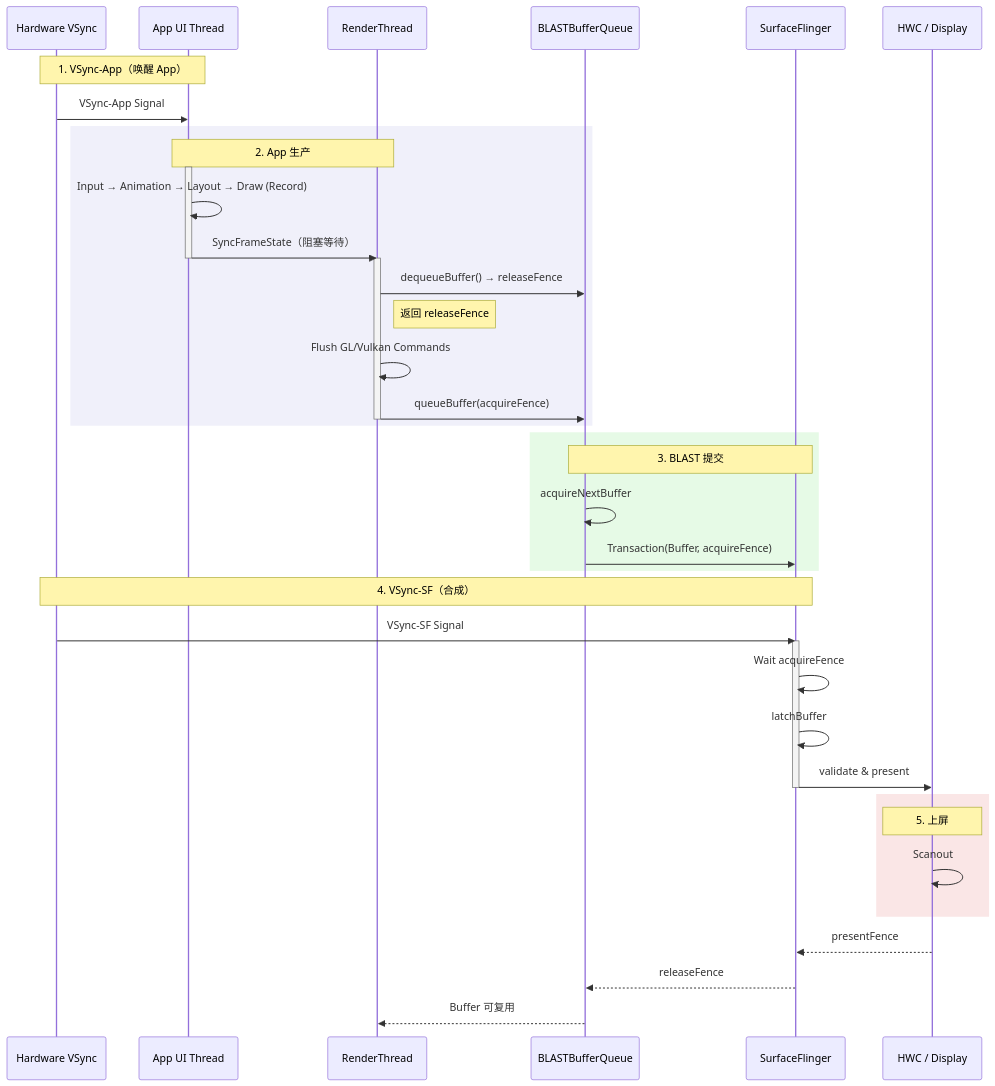
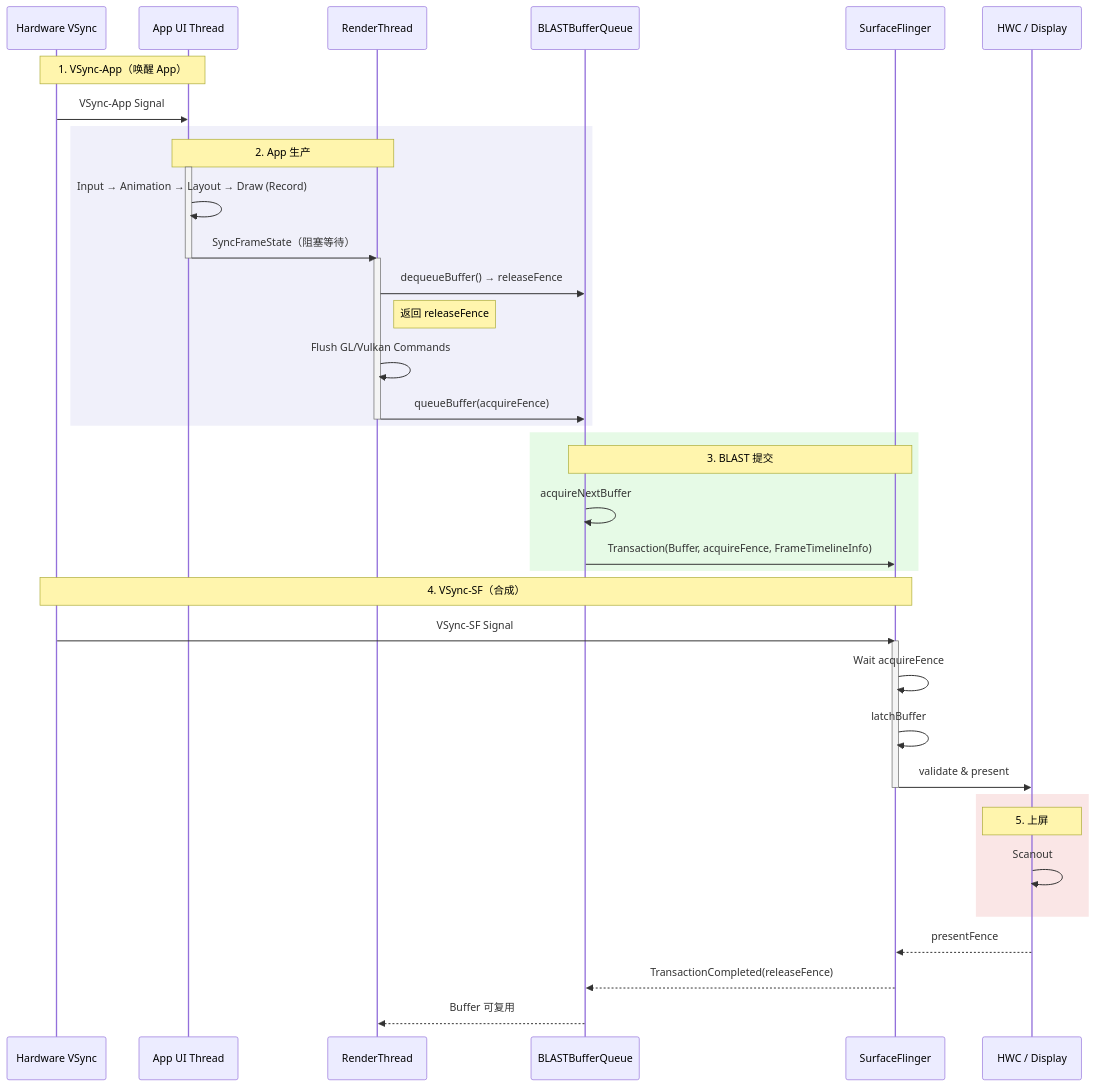
The second of 2 diagrams in src/part2-performance/ch18-rendering-pipelines/02-android-view-standard.md (Gracker/android-internals-wiki), drawn with Mermaid before and after one commit. The commit also changed other lines of this file and 3 other files, not shown here.

````diff
--- a/src/part2-performance/ch18-rendering-pipelines/02-android-view-standard.md
+++ b/src/part2-performance/ch18-rendering-pipelines/02-android-view-standard.md
@@ -129,50 +132,50 @@
 ```mermaid
 sequenceDiagram
     participant HW as Hardware VSync
     participant App as App UI Thread
     participant RT as RenderThread
     participant BBQ as BLASTBufferQueue
     participant SF as SurfaceFlinger
     participant HWC as HWC / Display
 
     Note over HW, App: 1. VSync-App（唤醒 App）
     HW->>App: VSync-App Signal
     
     rect rgb(240, 240, 250)
         Note over App, RT: 2. App 生产
         activate App
         App->>App: Input → Animation → Layout → Draw (Record)
         App->>RT: SyncFrameState（阻塞等待）
         deactivate App
         
         activate RT
         RT->>BBQ: dequeueBuffer() → releaseFence
         Note right of RT: 返回 releaseFence
         RT->>RT: Flush GL/Vulkan Commands
         RT->>BBQ: queueBuffer(acquireFence)
         deactivate RT
     end
 
     rect rgb(230, 250, 230)
         Note over BBQ, SF: 3. BLAST 提交
         BBQ->>BBQ: acquireNextBuffer
-        BBQ->>SF: Transaction(Buffer, acquireFence)
+        BBQ->>SF: Transaction(Buffer, acquireFence, FrameTimelineInfo)
     end
 
     Note over HW, SF: 4. VSync-SF（合成）
     HW->>SF: VSync-SF Signal
     activate SF
     SF->>SF: Wait acquireFence
     SF->>SF: latchBuffer
     SF->>HWC: validate & present
     deactivate SF
 
     rect rgb(250, 230, 230)
         Note over HWC: 5. 上屏
         HWC->>HWC: Scanout
     end
     
     HWC-->>SF: presentFence
-    SF-->>BBQ: releaseFence
+    SF-->>BBQ: TransactionCompleted(releaseFence)
     BBQ-->>RT: Buffer 可复用
 ```
````
